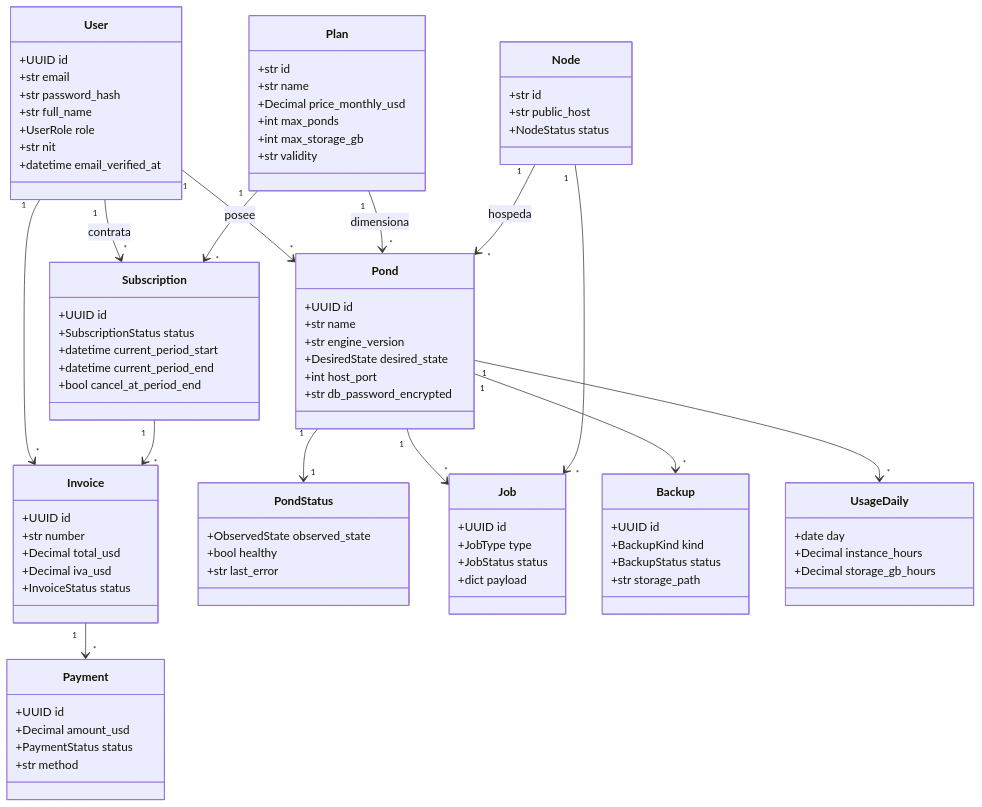
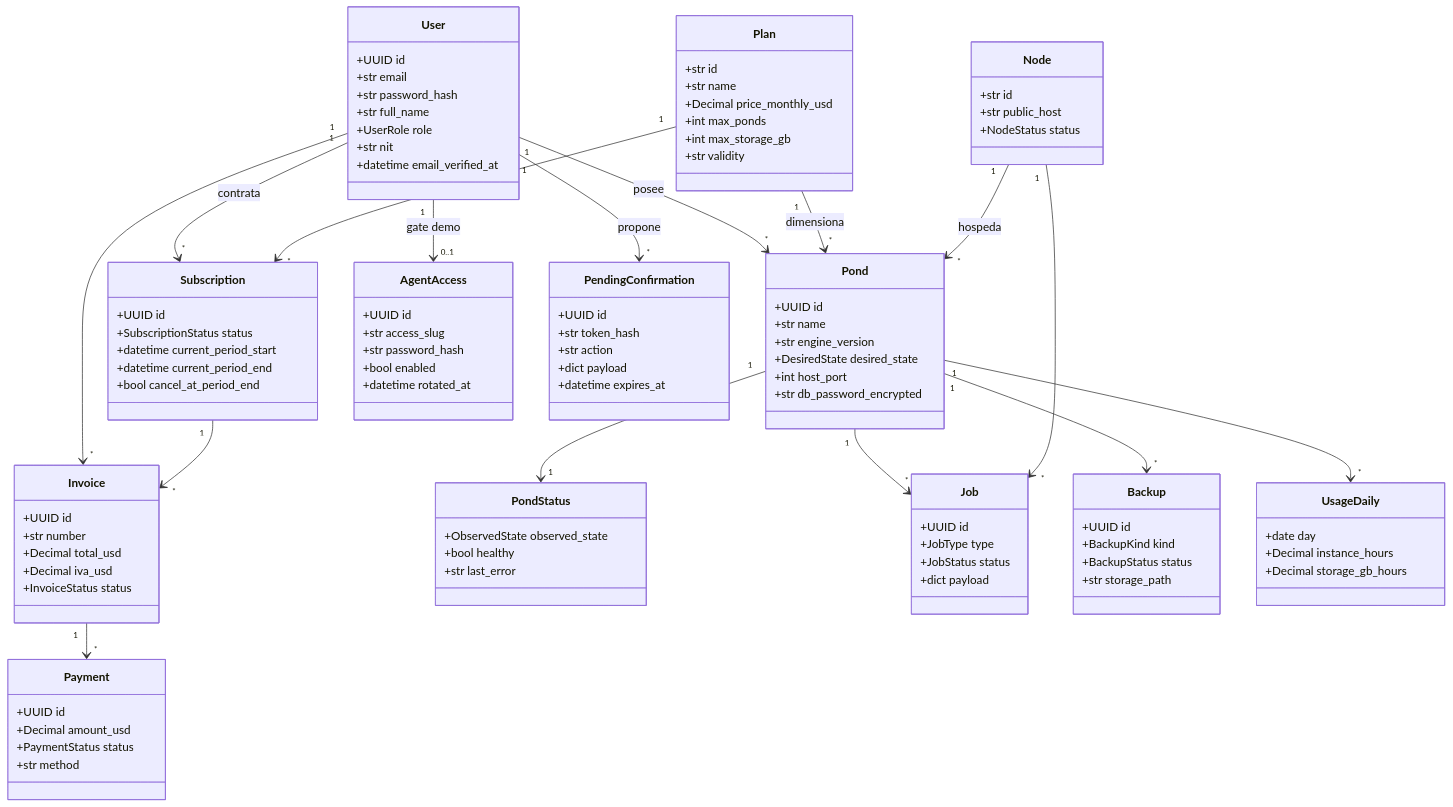
One commit to carloshugoeg/koicloud-entrega-2 changed the diagram in diagramas/05-clases-dominio.mmd. Above: the diagram before and after it, drawn with Mermaid. The commit also changed 26 other files, not shown here.

```diff
--- a/diagramas/05-clases-dominio.mmd
+++ b/diagramas/05-clases-dominio.mmd
@@ -1,87 +1,103 @@
 classDiagram
     class User {
         +UUID id
         +str email
         +str password_hash
         +str full_name
         +UserRole role
         +str nit
         +datetime email_verified_at
     }
     class Plan {
         +str id
         +str name
         +Decimal price_monthly_usd
         +int max_ponds
         +int max_storage_gb
         +str validity
     }
     class Subscription {
         +UUID id
         +SubscriptionStatus status
         +datetime current_period_start
         +datetime current_period_end
         +bool cancel_at_period_end
     }
     class Invoice {
         +UUID id
         +str number
         +Decimal total_usd
         +Decimal iva_usd
         +InvoiceStatus status
     }
     class Payment {
         +UUID id
         +Decimal amount_usd
         +PaymentStatus status
         +str method
     }
     class Pond {
         +UUID id
         +str name
         +str engine_version
         +DesiredState desired_state
         +int host_port
         +str db_password_encrypted
     }
     class PondStatus {
         +ObservedState observed_state
         +bool healthy
         +str last_error
     }
     class Job {
         +UUID id
         +JobType type
         +JobStatus status
         +dict payload
     }
     class Node {
         +str id
         +str public_host
         +NodeStatus status
     }
     class Backup {
         +UUID id
         +BackupKind kind
         +BackupStatus status
         +str storage_path
     }
     class UsageDaily {
         +date day
         +Decimal instance_hours
         +Decimal storage_gb_hours
     }
+    class AgentAccess {
+        +UUID id
+        +str access_slug
+        +str password_hash
+        +bool enabled
+        +datetime rotated_at
+    }
+    class PendingConfirmation {
+        +UUID id
+        +str token_hash
+        +str action
+        +dict payload
+        +datetime expires_at
+    }
 
     User "1" --> "*" Subscription : contrata
     Plan "1" --> "*" Subscription
     User "1" --> "*" Pond : posee
     Plan "1" --> "*" Pond : dimensiona
     User "1" --> "*" Invoice
     Subscription "1" --> "*" Invoice
     Invoice "1" --> "*" Payment
     Node "1" --> "*" Pond : hospeda
     Pond "1" --> "1" PondStatus
     Pond "1" --> "*" Job
     Pond "1" --> "*" Backup
     Pond "1" --> "*" UsageDaily
     Node "1" --> "*" Job
+    User "1" --> "0..1" AgentAccess : gate demo
+    User "1" --> "*" PendingConfirmation : propone
```
